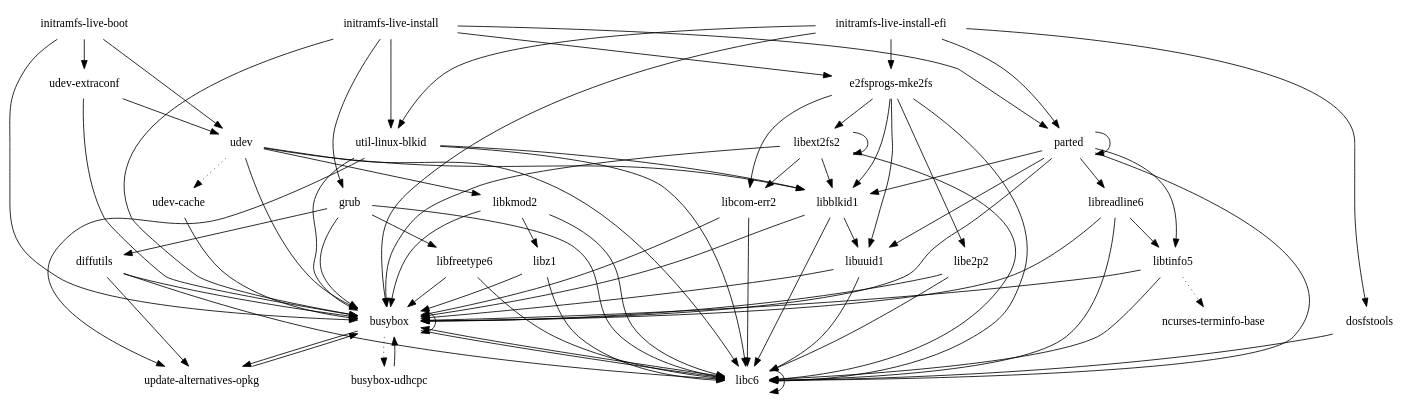
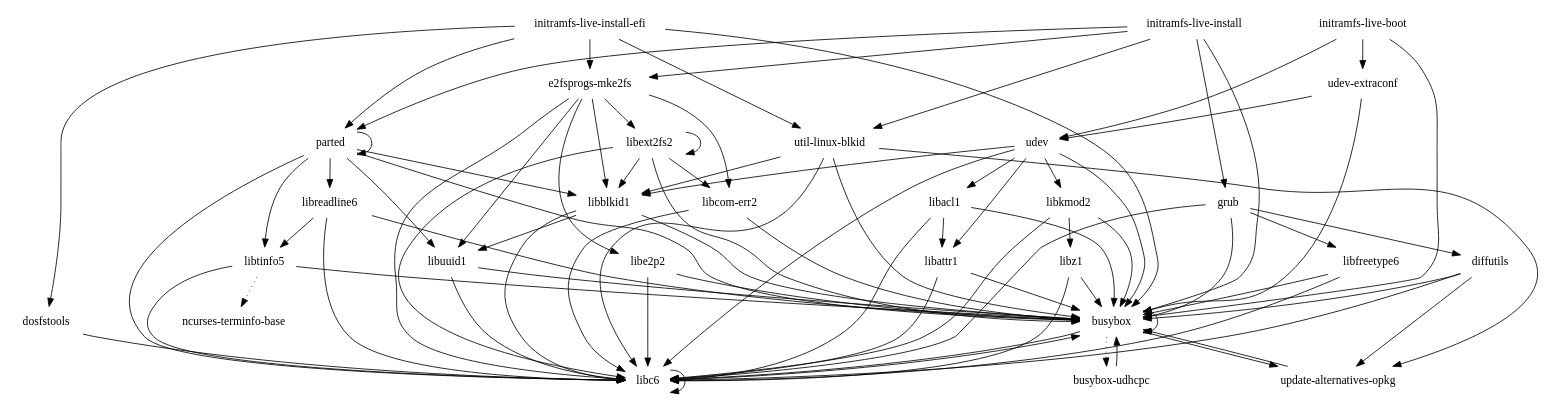
One commit to rstreif/yp_buildhistory changed the diagram in images/hagw/glibc/core-image-minimal-initramfs/depends.dot. Above: the diagram before and after it, drawn with Graphviz. The commit also changed 37 other files, not shown here.

```diff
--- a/images/hagw/glibc/core-image-minimal-initramfs/depends.dot
+++ b/images/hagw/glibc/core-image-minimal-initramfs/depends.dot
@@ -1,84 +1,89 @@
 digraph depends {
     node [shape=plaintext]
 "busybox" -> "busybox";
 "busybox" -> "busybox-udhcpc" [style=dotted];
 "busybox" -> "libc6";
 "busybox" -> "update-alternatives-opkg";
 "busybox-udhcpc" -> "busybox";
 "diffutils" -> "busybox";
 "diffutils" -> "libc6";
 "diffutils" -> "update-alternatives-opkg";
 "dosfstools" -> "libc6";
 "e2fsprogs-mke2fs" -> "libblkid1";
 "e2fsprogs-mke2fs" -> "libc6";
 "e2fsprogs-mke2fs" -> "libcom-err2";
 "e2fsprogs-mke2fs" -> "libe2p2";
 "e2fsprogs-mke2fs" -> "libext2fs2";
 "e2fsprogs-mke2fs" -> "libuuid1";
 "grub" -> "busybox";
 "grub" -> "diffutils";
 "grub" -> "libc6";
 "grub" -> "libfreetype6";
 "initramfs-live-boot" -> "busybox";
 "initramfs-live-boot" -> "udev";
 "initramfs-live-boot" -> "udev-extraconf";
 "initramfs-live-install" -> "busybox";
 "initramfs-live-install" -> "e2fsprogs-mke2fs";
 "initramfs-live-install" -> "grub";
 "initramfs-live-install" -> "parted";
 "initramfs-live-install" -> "util-linux-blkid";
 "initramfs-live-install-efi" -> "busybox";
 "initramfs-live-install-efi" -> "dosfstools";
 "initramfs-live-install-efi" -> "e2fsprogs-mke2fs";
 "initramfs-live-install-efi" -> "parted";
 "initramfs-live-install-efi" -> "util-linux-blkid";
+"libacl1" -> "busybox";
+"libacl1" -> "libattr1";
+"libacl1" -> "libc6";
+"libattr1" -> "busybox";
+"libattr1" -> "libc6";
 "libblkid1" -> "busybox";
 "libblkid1" -> "libc6";
 "libblkid1" -> "libuuid1";
 "libc6" -> "busybox";
 "libc6" -> "libc6";
 "libcom-err2" -> "busybox";
 "libcom-err2" -> "libc6";
 "libe2p2" -> "busybox";
 "libe2p2" -> "libc6";
 "libext2fs2" -> "busybox";
 "libext2fs2" -> "libblkid1";
 "libext2fs2" -> "libc6";
 "libext2fs2" -> "libcom-err2";
 "libext2fs2" -> "libext2fs2";
 "libfreetype6" -> "busybox";
 "libfreetype6" -> "libc6";
 "libkmod2" -> "busybox";
 "libkmod2" -> "libc6";
 "libkmod2" -> "libz1";
 "libreadline6" -> "busybox";
 "libreadline6" -> "libc6";
 "libreadline6" -> "libtinfo5";
 "libtinfo5" -> "busybox";
 "libtinfo5" -> "libc6";
 "libtinfo5" -> "ncurses-terminfo-base" [style=dotted];
 "libuuid1" -> "busybox";
 "libuuid1" -> "libc6";
 "libz1" -> "busybox";
 "libz1" -> "libc6";
 "parted" -> "busybox";
 "parted" -> "libblkid1";
 "parted" -> "libc6";
 "parted" -> "libreadline6";
 "parted" -> "libtinfo5";
 "parted" -> "libuuid1";
 "parted" -> "parted";
 "udev" -> "busybox";
+"udev" -> "libacl1";
+"udev" -> "libattr1";
 "udev" -> "libblkid1";
 "udev" -> "libc6";
 "udev" -> "libkmod2";
-"udev" -> "udev-cache" [style=dotted];
-"udev-cache" -> "busybox";
 "udev-extraconf" -> "busybox";
 "udev-extraconf" -> "udev";
 "update-alternatives-opkg" -> "busybox";
 "util-linux-blkid" -> "busybox";
 "util-linux-blkid" -> "libblkid1";
 "util-linux-blkid" -> "libc6";
 "util-linux-blkid" -> "update-alternatives-opkg";
 }
```
